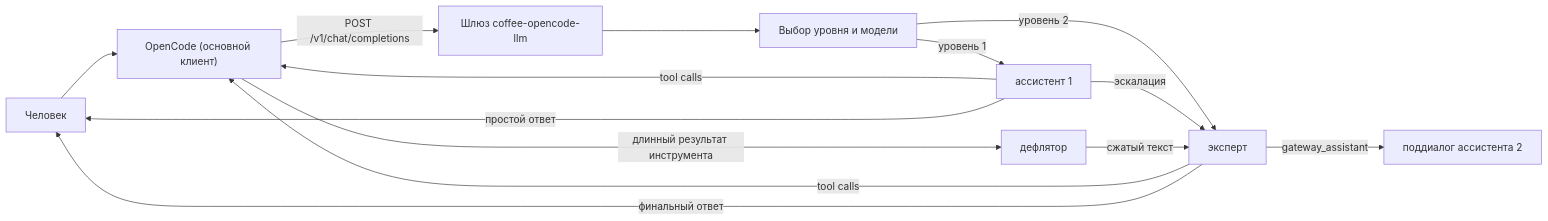
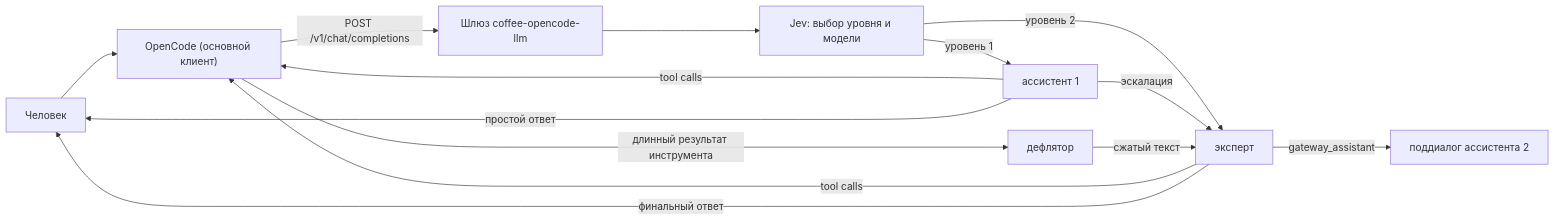
Before and after one commit to coffeebreak-ai/coffee-opencode-llm: the first of 2 diagrams in README.ru.md, drawn with Mermaid. The commit also changed other lines of this file and 25 other files, not shown here.

First line of the commit message:
chore: drop the Python prototype, name Jev in the diagrams

````diff
--- a/README.ru.md
+++ b/README.ru.md
@@ -22,16 +22,16 @@
 ```mermaid
 flowchart LR
     human["Человек"] --> oc["OpenCode (основной клиент)"]
     oc -->|"POST /v1/chat/completions"| gw["Шлюз coffee-opencode-llm"]
-    gw --> decide["Выбор уровня и модели"]
+    gw --> decide["Jev: выбор уровня и модели"]
     decide -->|"уровень 1"| asst["ассистент 1"]
     decide -->|"уровень 2"| expert["эксперт"]
     asst -->|"эскалация"| expert
     expert -->|"gateway_assistant"| helper["поддиалог ассистента 2"]
     asst -->|"tool calls"| oc
     expert -->|"tool calls"| oc
     oc -->|"длинный результат инструмента"| deflator["дефлятор"]
     deflator -->|"сжатый текст"| expert
     asst -->|"простой ответ"| human
     expert -->|"финальный ответ"| human
 ```
````
